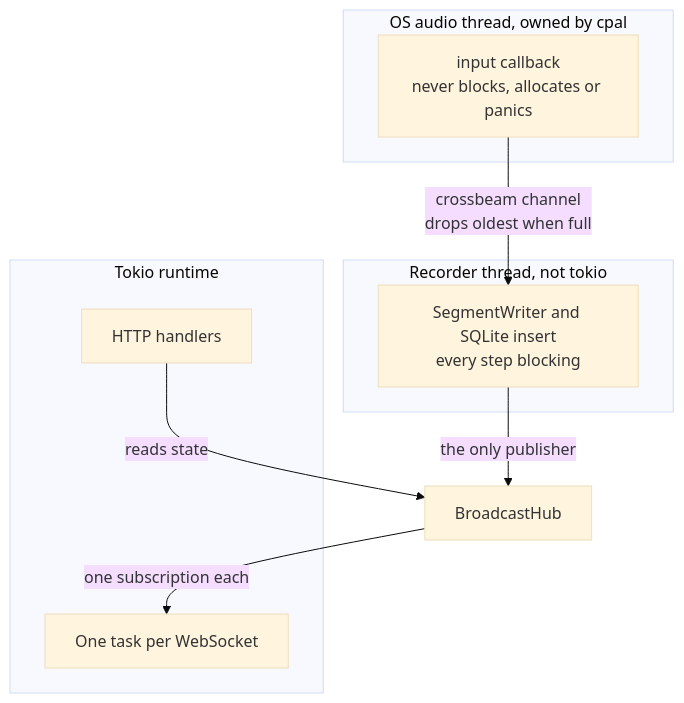
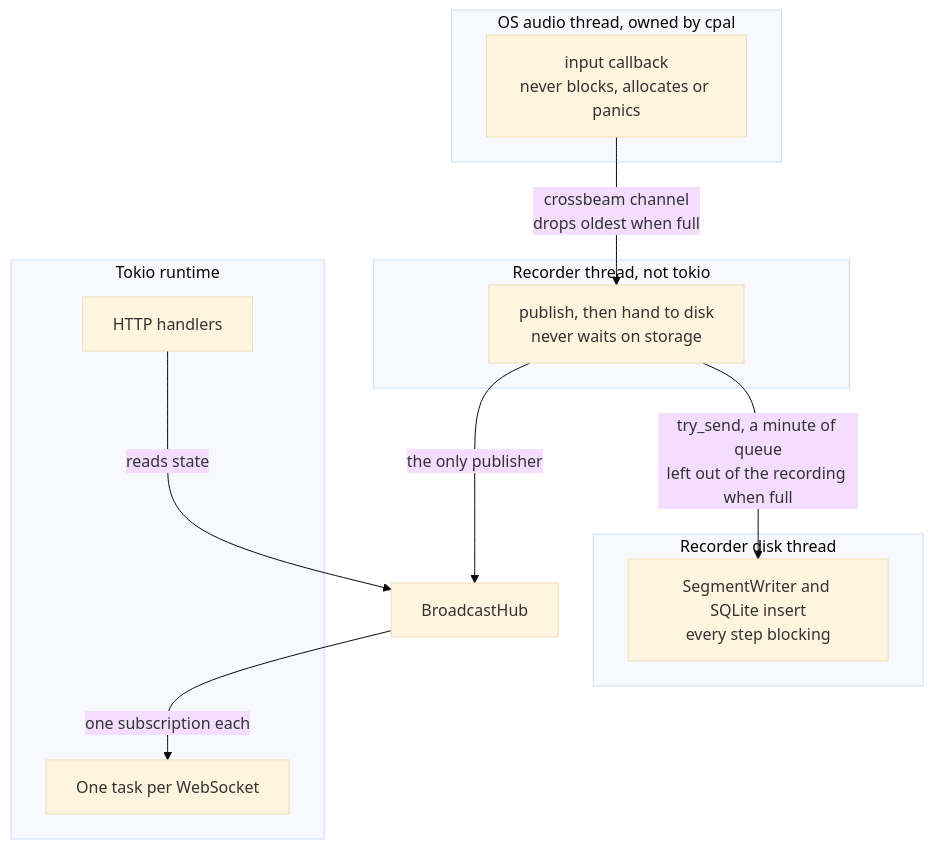
One commit to shibbirweb/on-air-record changed the second of 4 diagrams in docs/ARCHITECTURE.md. Above: the diagram before and after it, drawn with Mermaid (base theme). The commit also changed other lines of this file and 5 other files, not shown here.

````diff
--- a/docs/ARCHITECTURE.md
+++ b/docs/ARCHITECTURE.md
@@ -149,20 +152,25 @@
 ```mermaid
 flowchart TB
     subgraph osthread["OS audio thread, owned by cpal"]
         callback["input callback<br/>never blocks, allocates or panics"]
     end
 
     subgraph recthread["Recorder thread, not tokio"]
+        recorder["publish, then hand to disk<br/>never waits on storage"]
+    end
+
+    subgraph diskthread["Recorder disk thread"]
         writer["SegmentWriter and SQLite insert<br/>every step blocking"]
     end
 
     subgraph runtime["Tokio runtime"]
         http["HTTP handlers"]
         session["One task per WebSocket"]
     end
 
-    callback -- "crossbeam channel<br/>drops oldest when full" --> writer
-    writer -- "the only publisher" --> hub["BroadcastHub"]
+    callback -- "crossbeam channel<br/>drops oldest when full" --> recorder
+    recorder -- "the only publisher" --> hub["BroadcastHub"]
+    recorder -- "try_send, a minute of queue<br/>left out of the recording when full" --> writer
     hub -- "one subscription each" --> session
     http -- "reads state" --> hub
 ```
````
